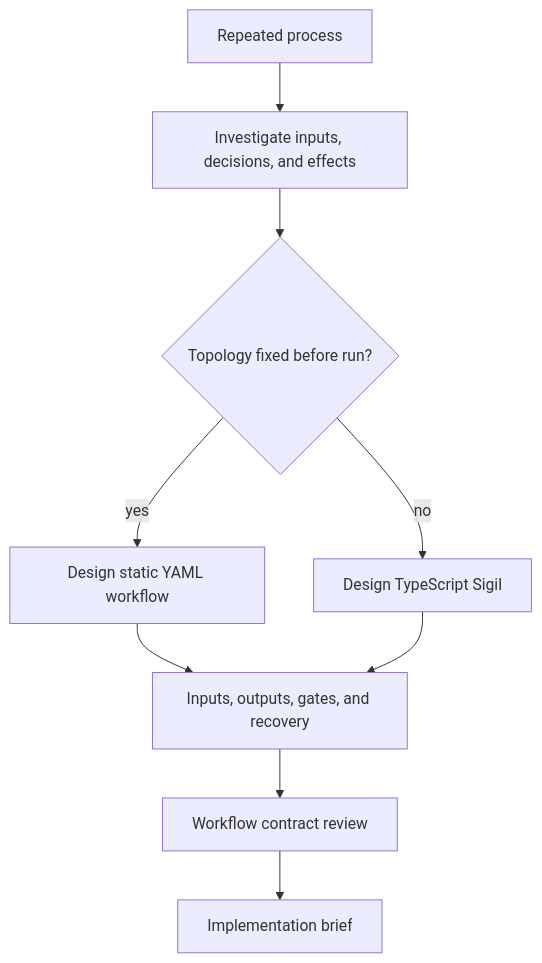
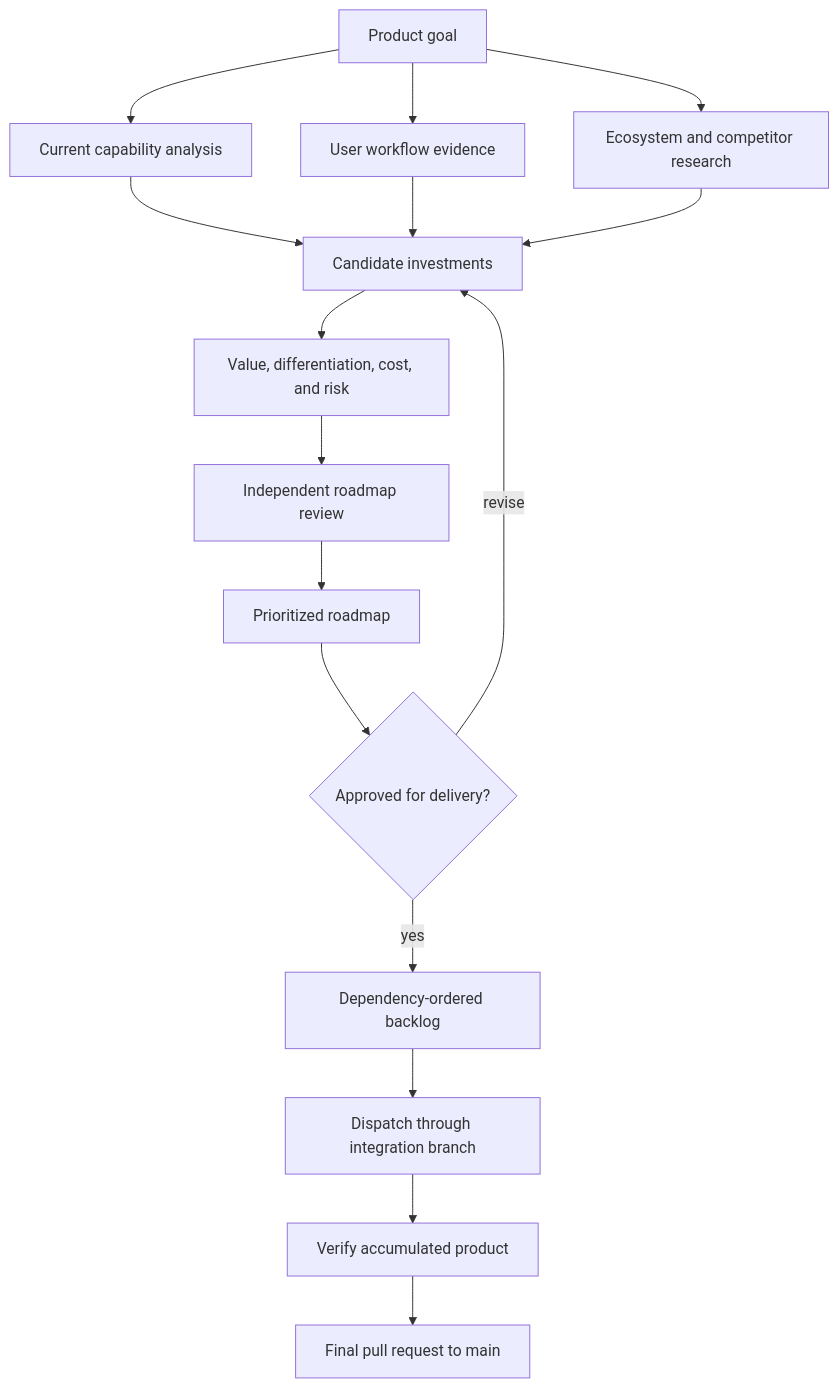
The eighth of 8 diagrams in docs/explanation/ephemeral-sigil-patterns.md (markovchainmontecarlo/sigil), drawn with Mermaid before and after one commit. The commit also changed other lines of this file, not shown here.

Commit message:
Focus the ephemeral Sigil pattern catalog

````diff
--- a/docs/explanation/ephemeral-sigil-patterns.md
+++ b/docs/explanation/ephemeral-sigil-patterns.md
@@ -324,11 +252,19 @@
 ```mermaid
 flowchart TD
-  Process[Repeated process] --> Investigate[Investigate inputs, decisions, and effects]
-  Investigate --> Shape{Topology fixed before run?}
-  Shape -->|yes| Static[Design static YAML workflow]
-  Shape -->|no| Dynamic[Design TypeScript Sigil]
-  Static --> Contract[Inputs, outputs, gates, and recovery]
-  Dynamic --> Contract
-  Contract --> Review[Workflow contract review]
-  Review --> Brief[Implementation brief]
+  Goal[Product goal]
+  Goal --> Repo[Current capability analysis]
+  Goal --> Users[User workflow evidence]
+  Goal --> Market[Ecosystem and competitor research]
+  Repo --> Options[Candidate investments]
+  Users --> Options
+  Market --> Options
+  Options --> Evaluate[Value, differentiation, cost, and risk]
+  Evaluate --> Review[Independent roadmap review]
+  Review --> Roadmap[Prioritized roadmap]
+  Roadmap --> Approval{Approved for delivery?}
+  Approval -->|revise| Options
+  Approval -->|yes| Backlog[Dependency-ordered backlog]
+  Backlog --> Dispatch[Dispatch through integration branch]
+  Dispatch --> Verify[Verify accumulated product]
+  Verify --> FinalPR[Final pull request to main]
 ```
````
